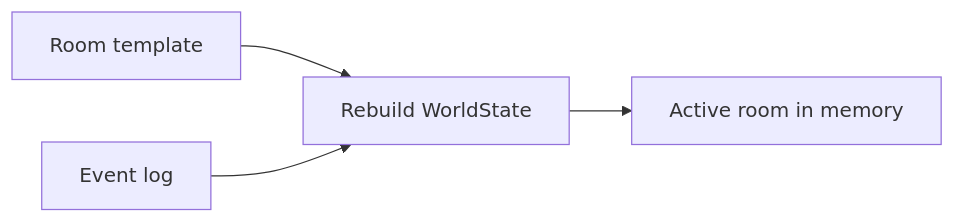
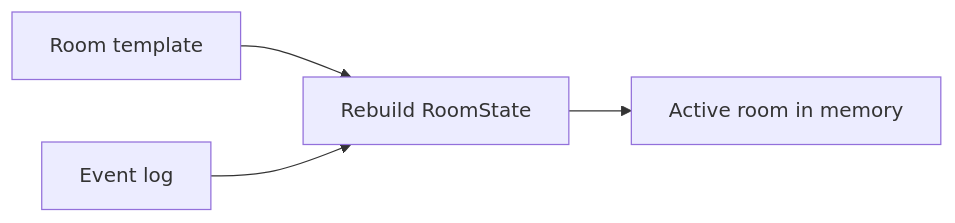
The second of 2 diagrams in docs/FUTURE_BACKEND.md (GoldenWind8/roguelike-mvp), drawn with Mermaid before and after one commit. The commit also changed other lines of this file and 29 other files, not shown here.

````diff
--- a/docs/FUTURE_BACKEND.md
+++ b/docs/FUTURE_BACKEND.md
@@ -109,6 +109,6 @@
 ```mermaid
 flowchart LR
-    A["Room template"] --> C["Rebuild WorldState"]
+    A["Room template"] --> C["Rebuild RoomState"]
     B["Event log"] --> C
     C --> D["Active room in memory"]
 ```
````
